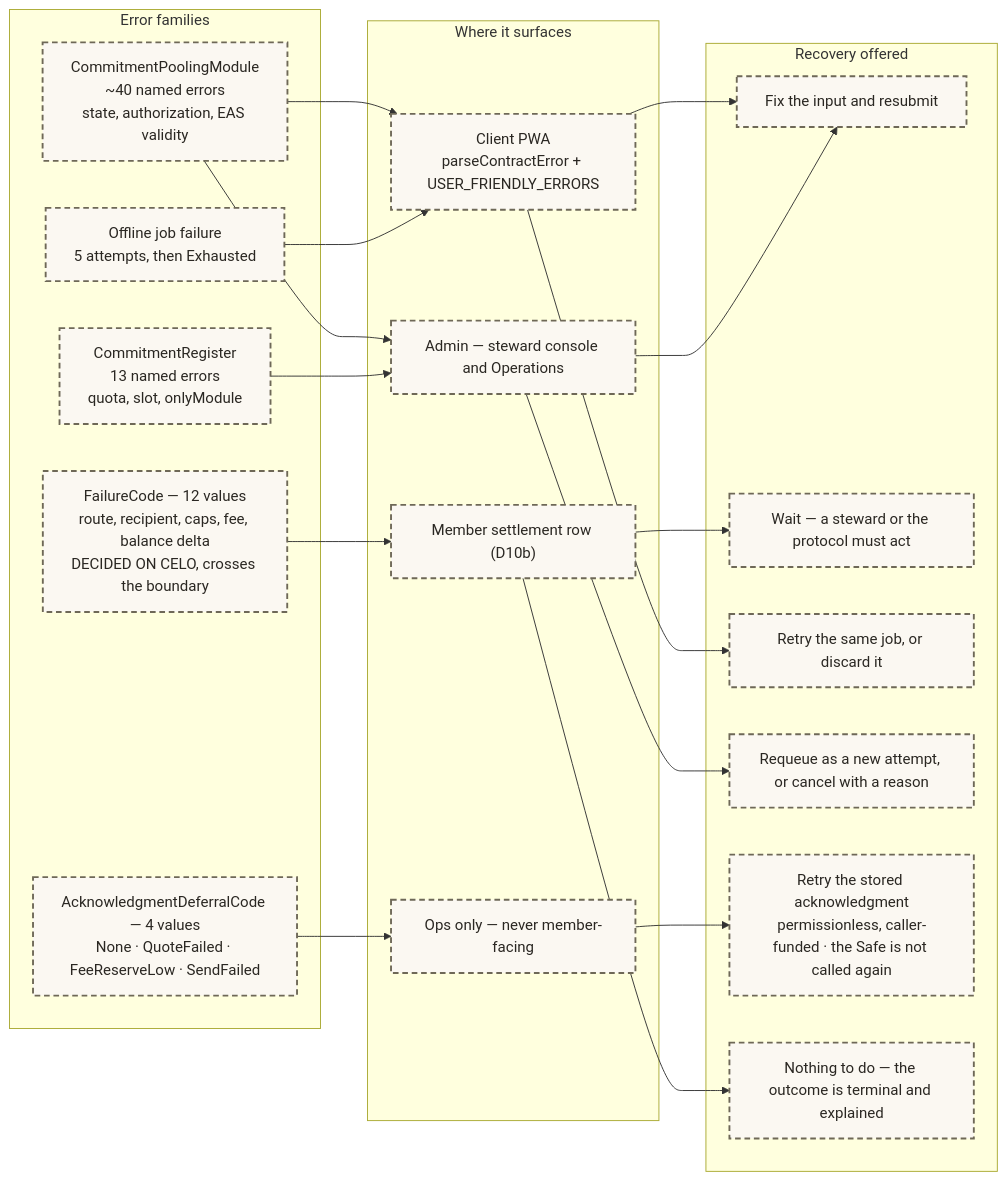
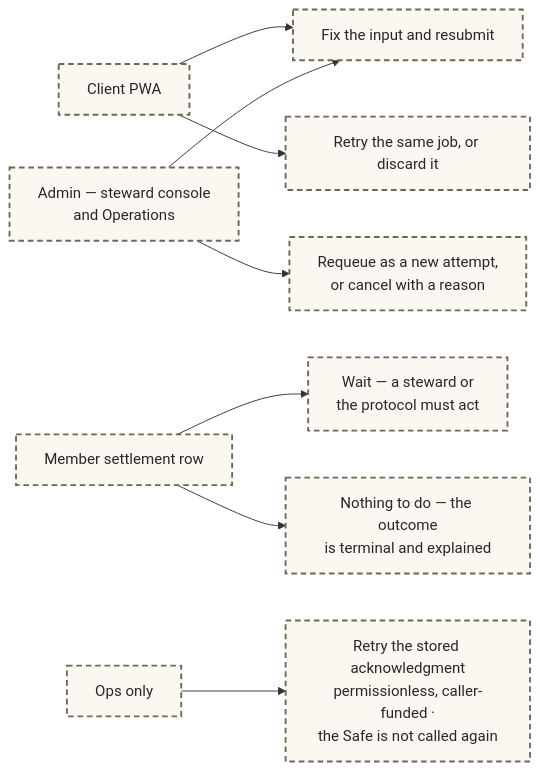
Diagram 34 of 34 in .plans/active/commitment-pooling/diagrams.md (greenpill-dev-guild/green-goods), drawn with Mermaid before and after one commit. The commit also changed other lines of this file and 4 other files, not shown here.

First line of the commit message:
docs(plans): commitment pooling gallery — Reference tab, open-questions findings, wireframe reconciliation (#668)

````diff
--- a/.plans/active/commitment-pooling/diagrams.md
+++ b/.plans/active/commitment-pooling/diagrams.md
@@ -1591,44 +1638,25 @@
 ```mermaid
 flowchart LR
-  subgraph FAM["Error families"]
-    E1["CommitmentPoolingModule<br/>~40 named errors<br/>state, authorization, EAS validity"]
-    E2["CommitmentRegister<br/>13 named errors<br/>quota, slot, onlyModule"]
-    E3["FailureCode — 12 values<br/>route, recipient, caps, fee, balance delta<br/>DECIDED ON CELO, crosses the boundary"]
-    E4["AcknowledgmentDeferralCode — 4 values<br/>None · QuoteFailed · FeeReserveLow · SendFailed"]
-    E5["Offline job failure<br/>5 attempts, then Exhausted"]
-  end
+  S1["Client PWA"]
+  S2["Admin — steward console<br/>and Operations"]
+  S3["Member settlement row"]
+  S4["Ops only"]
 
-  subgraph SURF["Where it surfaces"]
-    S1["Client PWA<br/>parseContractError + USER_FRIENDLY_ERRORS"]
-    S2["Admin — steward console and Operations"]
-    S3["Member settlement row (D10b)"]
-    S4["Ops only — never member-facing"]
-  end
-
-  subgraph REC["Recovery offered"]
-    R1["Fix the input and resubmit"]
-    R2["Wait — a steward or the protocol must act"]
-    R3["Retry the same job, or discard it"]
-    R4["Requeue as a new attempt, or cancel with a reason"]
-    R6["Retry the stored acknowledgment<br/>permissionless, caller-funded · the Safe is not called again"]
-    R5["Nothing to do — the outcome is terminal and explained"]
-  end
-
-  E1 --> S1
-  E1 --> S2
-  E2 --> S2
-  E3 --> S3
-  E4 --> S4
-  E5 --> S1
+  R1["Fix the input and resubmit"]
+  R3["Retry the same job, or discard it"]
+  R4["Requeue as a new attempt,<br/>or cancel with a reason"]
+  R2["Wait — a steward or<br/>the protocol must act"]
+  R5["Nothing to do — the outcome<br/>is terminal and explained"]
+  R6["Retry the stored acknowledgment<br/>permissionless, caller-funded ·<br/>the Safe is not called again"]
 
   S1 --> R1
   S1 --> R3
   S2 --> R1
   S2 --> R4
   S3 --> R2
   S3 --> R5
   S4 --> R6
 
   classDef planned fill:#fbf8f2,stroke:#6e6857,stroke-width:2px,stroke-dasharray:6 4,color:#2a2722
-  class E1,E2,E3,E4,E5,S1,S2,S3,S4,R1,R2,R3,R4,R5,R6 planned
+  class S1,S2,S3,S4,R1,R2,R3,R4,R5,R6 planned
 ```
````
